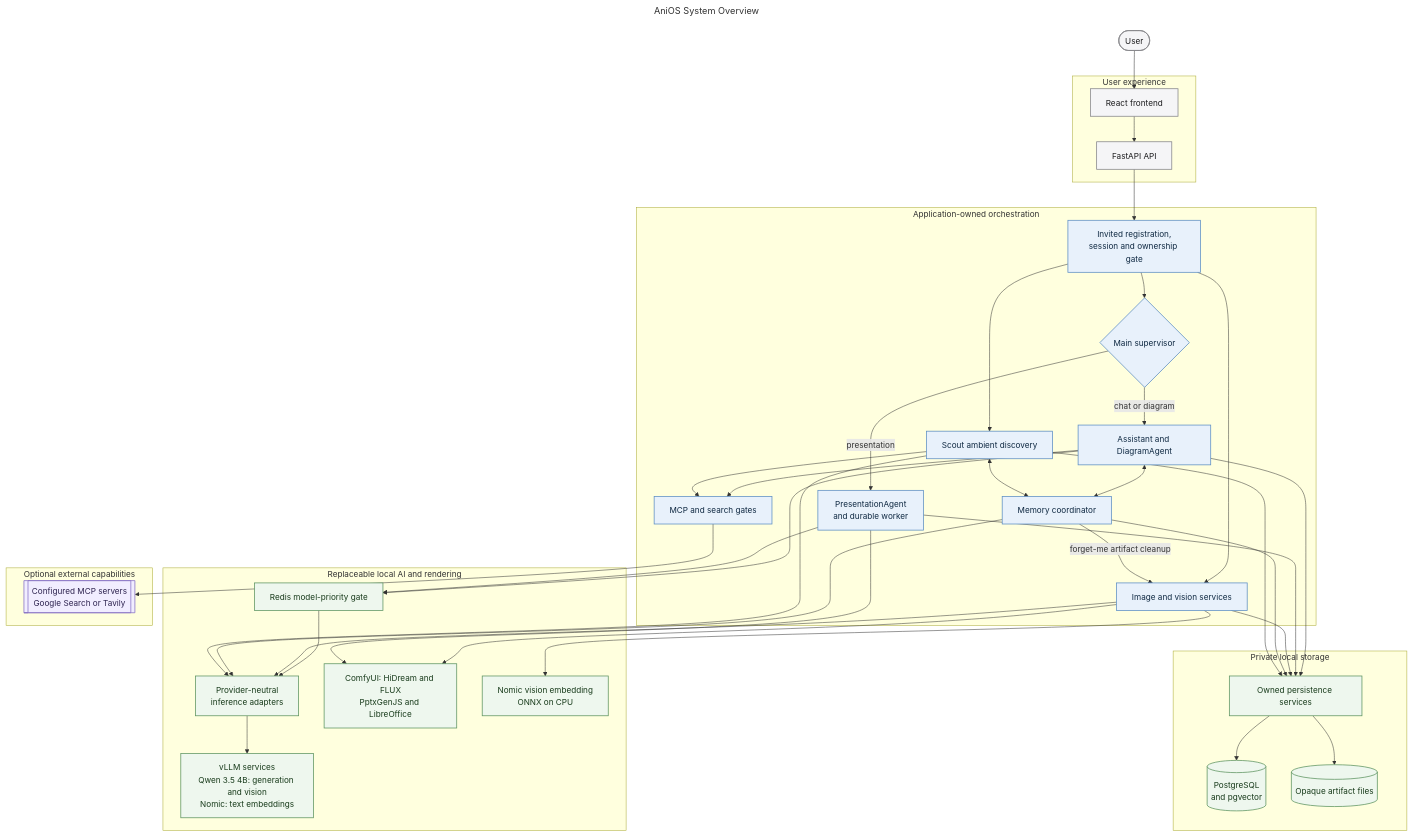
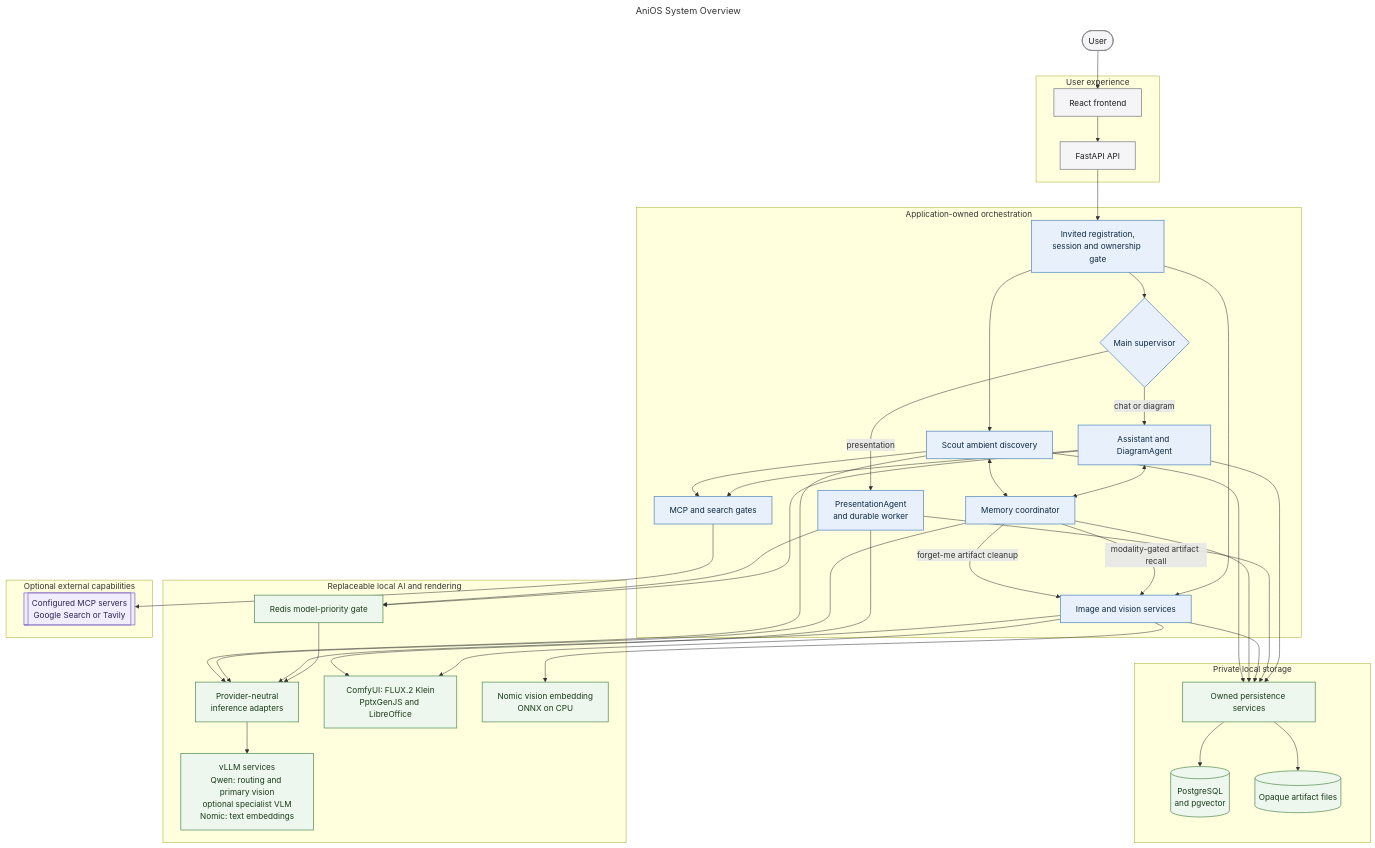
One commit to MallyaAni/PersonalAssistant changed the diagram in docs/diagrams/anios-system.mmd. Above: the diagram before and after it, drawn with Mermaid. The commit also changed 34 other files, not shown here.

```diff
--- a/docs/diagrams/anios-system.mmd
+++ b/docs/diagrams/anios-system.mmd
@@ -1,81 +1,82 @@
 ---
 title: AniOS System Overview
 ---
 flowchart TB
     User([User])
 
     subgraph Experience[User experience]
         Frontend[React frontend]
         API[FastAPI API]
         Frontend --> API
     end
 
     subgraph Orchestration[Application-owned orchestration]
         Identity[Invited registration,<br/>session and ownership gate]
         Supervisor{Main supervisor}
         Conversation[Assistant and DiagramAgent]
         Presentation[PresentationAgent<br/>and durable worker]
         Memory[Memory coordinator]
         Discovery[Scout ambient discovery]
         Visual[Image and vision services]
         Tools[MCP and search gates]
     end
 
     subgraph LocalAI[Replaceable local AI and rendering]
         ModelGate[Redis model-priority gate]
         Inference[Provider-neutral<br/>inference adapters]
-        VLLM[vLLM services<br/>Qwen 3.5 4B: generation and vision<br/>Nomic: text embeddings]
-        Media[ComfyUI: HiDream and FLUX<br/>PptxGenJS and LibreOffice]
+        VLLM[vLLM services<br/>Qwen: routing and primary vision<br/>optional specialist VLM<br/>Nomic: text embeddings]
+        Media[ComfyUI: FLUX.2 Klein<br/>PptxGenJS and LibreOffice]
         VisionEmbed[Nomic vision embedding<br/>ONNX on CPU]
     end
 
     subgraph Storage[Private local storage]
         Repositories[Owned persistence services]
         Database[(PostgreSQL<br/>and pgvector)]
         Files[(Opaque artifact files)]
         Repositories --> Database
         Repositories --> Files
     end
 
     subgraph External[Optional external capabilities]
         Integrations[[Configured MCP servers<br/>Google Search or Tavily]]
     end
 
     User --> Frontend
     API --> Identity --> Supervisor
     Supervisor -->|chat or diagram| Conversation
     Supervisor -->|presentation| Presentation
     Identity --> Visual
     Identity --> Discovery
     Conversation <--> Memory
+    Memory -->|modality-gated artifact recall| Visual
     Discovery <--> Memory
     Memory -->|forget-me artifact cleanup| Visual
 
     Conversation --> Tools --> Integrations
     Discovery --> Tools
 
     Conversation --> ModelGate
     Presentation --> ModelGate
     ModelGate --> Inference
     Visual --> Inference
     Memory --> Inference
     Discovery --> Inference
     Inference --> VLLM
     Visual --> Media
     Visual --> VisionEmbed
     Presentation --> Media
 
     Conversation --> Repositories
     Presentation --> Repositories
     Visual --> Repositories
     Memory --> Repositories
     Discovery --> Repositories
 
     classDef interface fill:#f5f5f7,stroke:#86868b,color:#1d1d1f,stroke-width:1.5px;
     classDef application fill:#e8f1fb,stroke:#5e8fc4,color:#102a43,stroke-width:1.5px;
     classDef infrastructure fill:#eef7ee,stroke:#5f9562,color:#183b1b,stroke-width:1.5px;
     classDef external fill:#f1edff,stroke:#8872c6,color:#2e2450,stroke-width:1.5px;
     class User,Frontend,API interface;
     class Identity,Supervisor,Conversation,Presentation,Memory,Discovery,Visual,Tools application;
     class ModelGate,Inference,VLLM,Media,VisionEmbed,Repositories,Database,Files infrastructure;
     class Integrations external;
```
